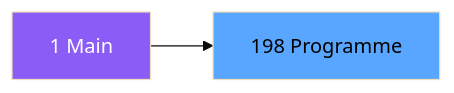
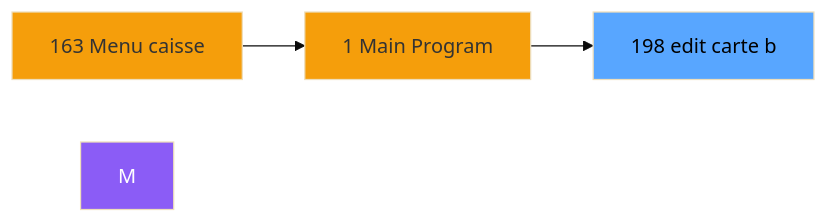
Before and after one commit to thonyAGP/magic-migration: the second of 3 diagrams in .openspec/specs/ADH-IDE-198.md, drawn with Mermaid (base theme). The commit also changed other lines of this file and 323 other files, not shown here.

````diff
--- a/.openspec/specs/ADH-IDE-198.md
+++ b/.openspec/specs/ADH-IDE-198.md
@@ -99,8 +110,12 @@
 ```mermaid
 graph LR
-    M[1 Main]
-    T[198 Programme]
-    M --> T
+    N163[163 Menu caisse ]
+    N1[1 Main Program]
+    T[198 edit carte b]
+    N163 --> N1
+    N1 --> T
     style M fill:#8b5cf6,color:#fff
+    style N163 fill:#f59e0b
+    style N1 fill:#f59e0b
     style T fill:#58a6ff,color:#000
 ```
````
